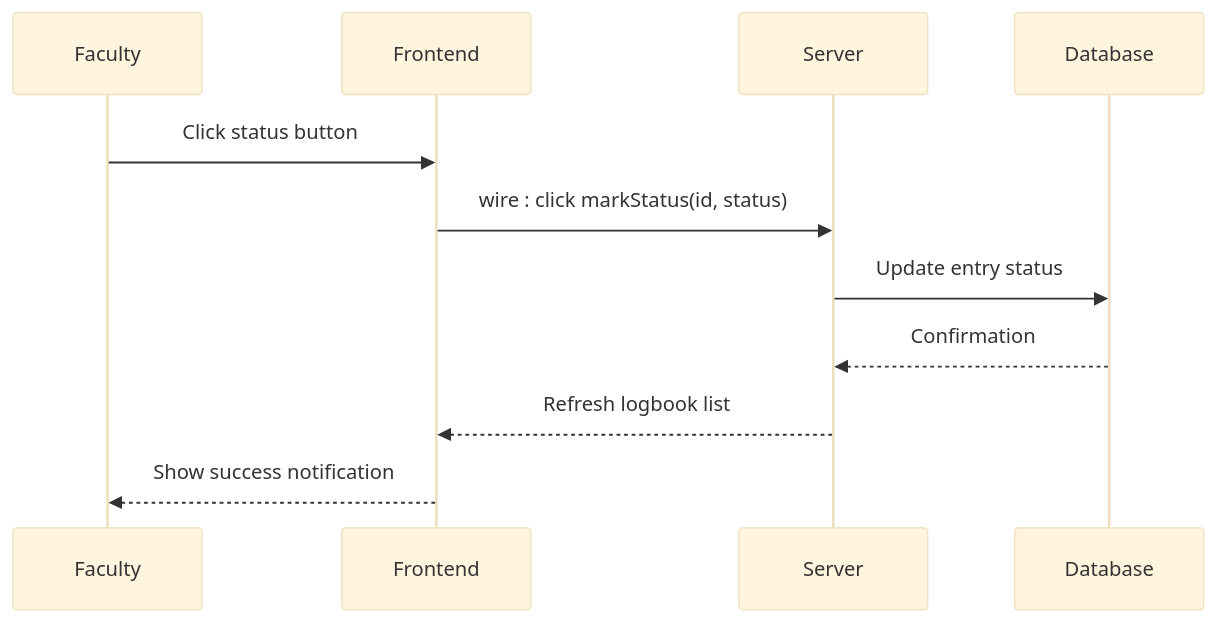
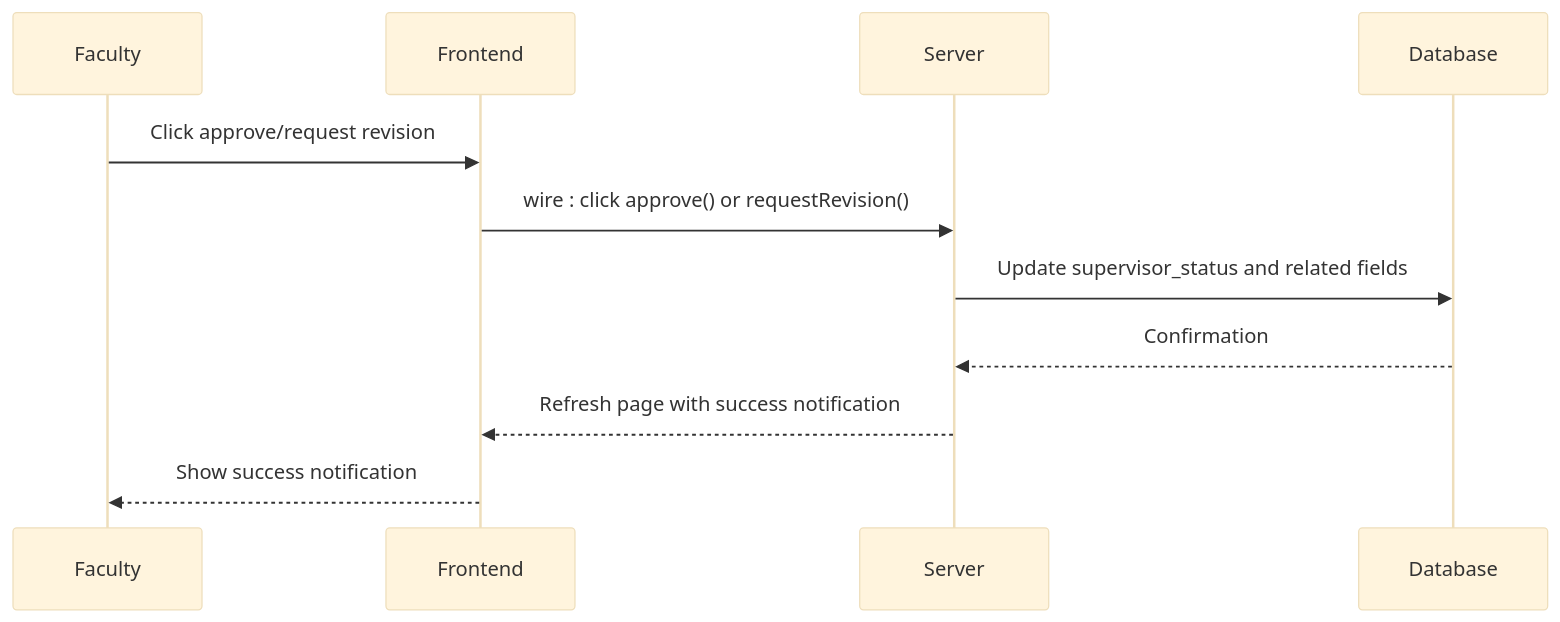
Before and after one commit to puromed/internims: the fourth of 5 diagrams in .qoder/repowiki/en/content/Core Modules/Faculty Module/Logbook Verification.md, drawn with Mermaid (base theme). The commit also changed other lines of this file and 51 other files, not shown here.

````diff
--- a/.qoder/repowiki/en/content/Core Modules/Faculty Module/Logbook Verification.md
+++ b/.qoder/repowiki/en/content/Core Modules/Faculty Module/Logbook Verification.md
@@ -109,13 +122,13 @@
 ```mermaid
 sequenceDiagram
 participant Faculty
 participant Frontend
 participant Server
 participant Database
-Faculty->>Frontend : Click status button
-Frontend->>Server : wire : click markStatus(id, status)
-Server->>Database : Update entry status
+Faculty->>Frontend : Click approve/request revision
+Frontend->>Server : wire : click approve() or requestRevision()
+Server->>Database : Update supervisor_status and related fields
 Database-->>Server : Confirmation
-Server-->>Frontend : Refresh logbook list
+Server-->>Frontend : Refresh page with success notification
 Frontend-->>Faculty : Show success notification
 ```
````
